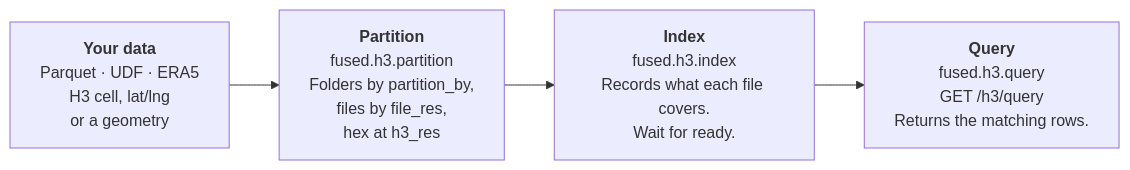
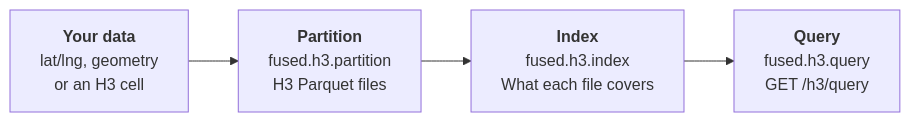
The diagram in docs/guide/h3-analytics/data-retrieval-end-to-end.mdx (fusedio/fused-docs), drawn with Mermaid before and after one commit. The commit also changed other lines of this file, not shown here.

Commit message:
Shorten the intro, concepts and partition sections and match the example to the canvas

````diff
--- a/docs/guide/h3-analytics/data-retrieval-end-to-end.mdx
+++ b/docs/guide/h3-analytics/data-retrieval-end-to-end.mdx
@@ -13,22 +13,17 @@
 ```mermaid
 %%{init: {"flowchart": {"htmlLabels": false}}}%%
 flowchart LR
     A["`**Your data**
-    Parquet · UDF · ERA5
-    H3 cell, lat/lng
-    or a geometry`"]
+    lat/lng, geometry
+    or an H3 cell`"]
     B["`**Partition**
     fused.h3.partition
-    Folders by partition_by,
-    files by file_res,
-    hex at h3_res`"]
+    H3 Parquet files`"]
     C["`**Index**
     fused.h3.index
-    Records what each file covers.
-    Wait for ready.`"]
+    What each file covers`"]
     D["`**Query**
     fused.h3.query
-    GET /h3/query
-    Returns the matching rows.`"]
+    GET /h3/query`"]
     A --> B --> C --> D
 ```
````
